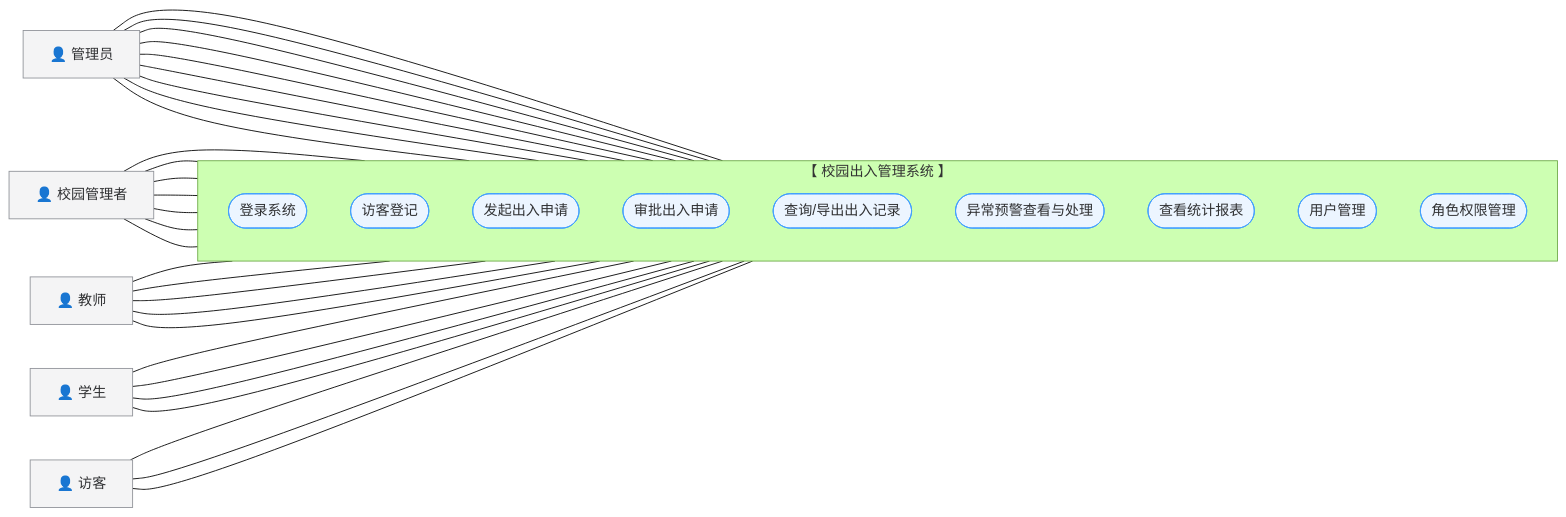
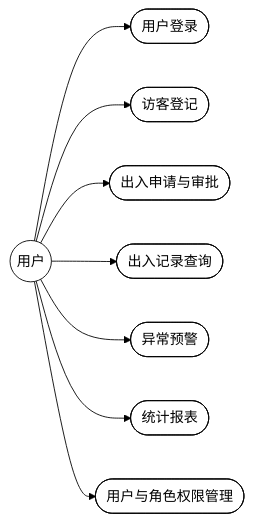
Before and after one commit to carl-Tu/campus-management: the diagram in docs/功能需求分析与用例图.md, drawn with Mermaid (forest theme). The commit also changed other lines of this file, not shown here.

Commit message:
docs: rewrite requirements analysis in thesis-style format with classic use case diagram

````diff
--- a/docs/功能需求分析与用例图.md
+++ b/docs/功能需求分析与用例图.md
@@ -124,62 +72,24 @@
 ```mermaid
 flowchart LR
-  %% 参与者
-  Admin["👤 管理员"]
-  Manager["👤 校园管理者"]
-  Teacher["👤 教师"]
-  Student["👤 学生"]
-  Visitor["👤 访客"]
+  User(("用户"))
+  UC1(["用户登录"])
+  UC2(["访客登记"])
+  UC3(["出入申请与审批"])
+  UC4(["出入记录查询"])
+  UC5(["异常预警"])
+  UC6(["统计报表"])
+  UC7(["用户与角色权限管理"])
 
-  subgraph SYS["【 校园出入管理系统 】"]
-    direction TB
-    UC1(["登录系统"])
-    UC2(["访客登记"])
-    UC3(["发起出入申请"])
-    UC4(["审批出入申请"])
-    UC5(["查询/导出出入记录"])
-    UC8(["异常预警查看与处理"])
-    UC9(["查看统计报表"])
-    UC6(["用户管理"])
-    UC7(["角色权限管理"])
-  end
+  User --> UC1
+  User --> UC2
+  User --> UC3
+  User --> UC4
+  User --> UC5
+  User --> UC6
+  User --> UC7
 
-  %% 关联关系（按权限矩阵）
-  Admin --- UC1
-  Admin --- UC2
-  Admin --- UC3
-  Admin --- UC4
-  Admin --- UC5
-  Admin --- UC8
-  Admin --- UC9
-  Admin --- UC6
-  Admin --- UC7
-
-  Manager --- UC1
-  Manager --- UC2
-  Manager --- UC3
-  Manager --- UC4
-  Manager --- UC5
-  Manager --- UC8
-  Manager --- UC9
-
-  Teacher --- UC1
-  Teacher --- UC2
-  Teacher --- UC3
-  Teacher --- UC4
-  Teacher --- UC5
-
-  Student --- UC1
-  Student --- UC2
-  Student --- UC3
-  Student --- UC5
-
-  Visitor --- UC1
-  Visitor --- UC2
-  Visitor --- UC3
-
-  %% 用例样式
-  classDef uc fill:#ecf5ff,stroke:#409eff,stroke-width:1px,color:#303133
-  classDef actor fill:#f4f4f5,stroke:#909399,stroke-width:1px,color:#303133
-  class UC1,UC2,UC3,UC4,UC5,UC6,UC7,UC8,UC9 uc
-  class Admin,Manager,Teacher,Student,Visitor actor
+  classDef uc fill:#ffffff,stroke:#000000,stroke-width:1px,color:#000000
+  classDef actor fill:#ffffff,stroke:#000000,stroke-width:1px,color:#000000
+  class UC1,UC2,UC3,UC4,UC5,UC6,UC7 uc
+  class User actor
 ```
````
